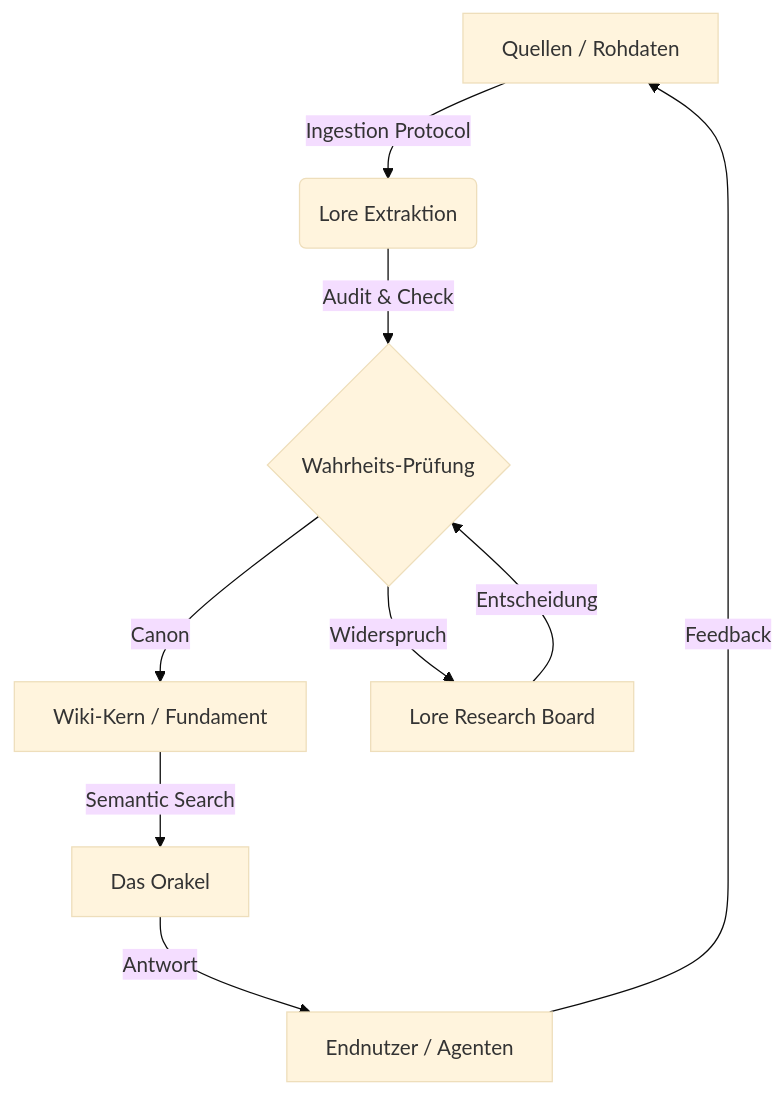
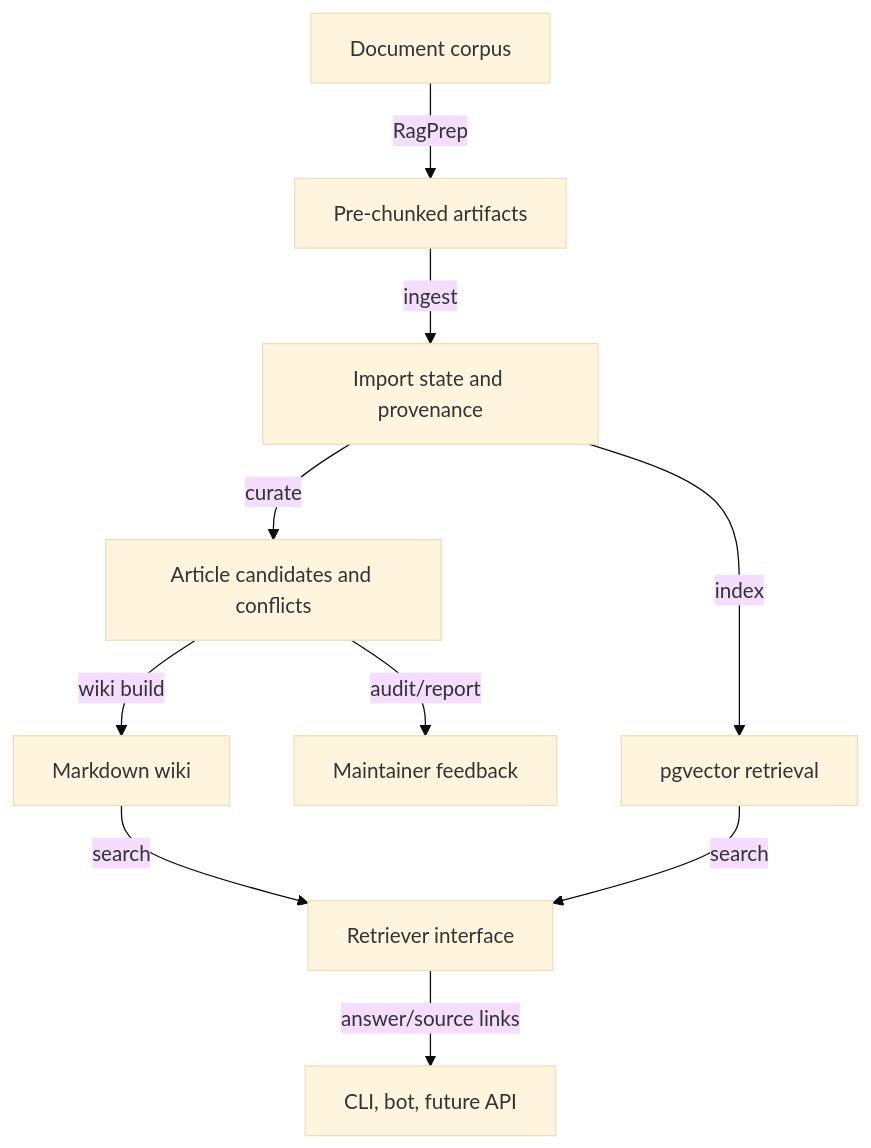
Before and after one commit to Siebenwind/7w_wiki: the diagram in docs/architecture.md, drawn with Mermaid (base theme). The commit also changed other lines of this file and 1739 other files, not shown here.

````diff
--- a/docs/architecture.md
+++ b/docs/architecture.md
@@ -40,11 +22,12 @@
 ```mermaid
 graph TD
-    A[Quellen / Rohdaten] -->|Ingestion Protocol| B(Lore Extraktion)
-    B -->|Audit & Check| C{Wahrheits-Prüfung}
-    C -->|Canon| D[Wiki-Kern / Fundament]
-    C -->|Widerspruch| E[Lore Research Board]
-    E -->|Entscheidung| C
-    D -->|Semantic Search| F[Das Orakel]
-    F -->|Antwort| G[Endnutzer / Agenten]
-    G -->|Feedback| A
+    A[Document corpus] -->|RagPrep| B[Pre-chunked artifacts]
+    B -->|ingest| C[Import state and provenance]
+    C -->|curate| D[Article candidates and conflicts]
+    D -->|wiki build| E[Markdown wiki]
+    C -->|index| F[pgvector retrieval]
+    E -->|search| G[Retriever interface]
+    F -->|search| G
+    G -->|answer/source links| H[CLI, bot, future API]
+    D -->|audit/report| I[Maintainer feedback]
 ```
````
